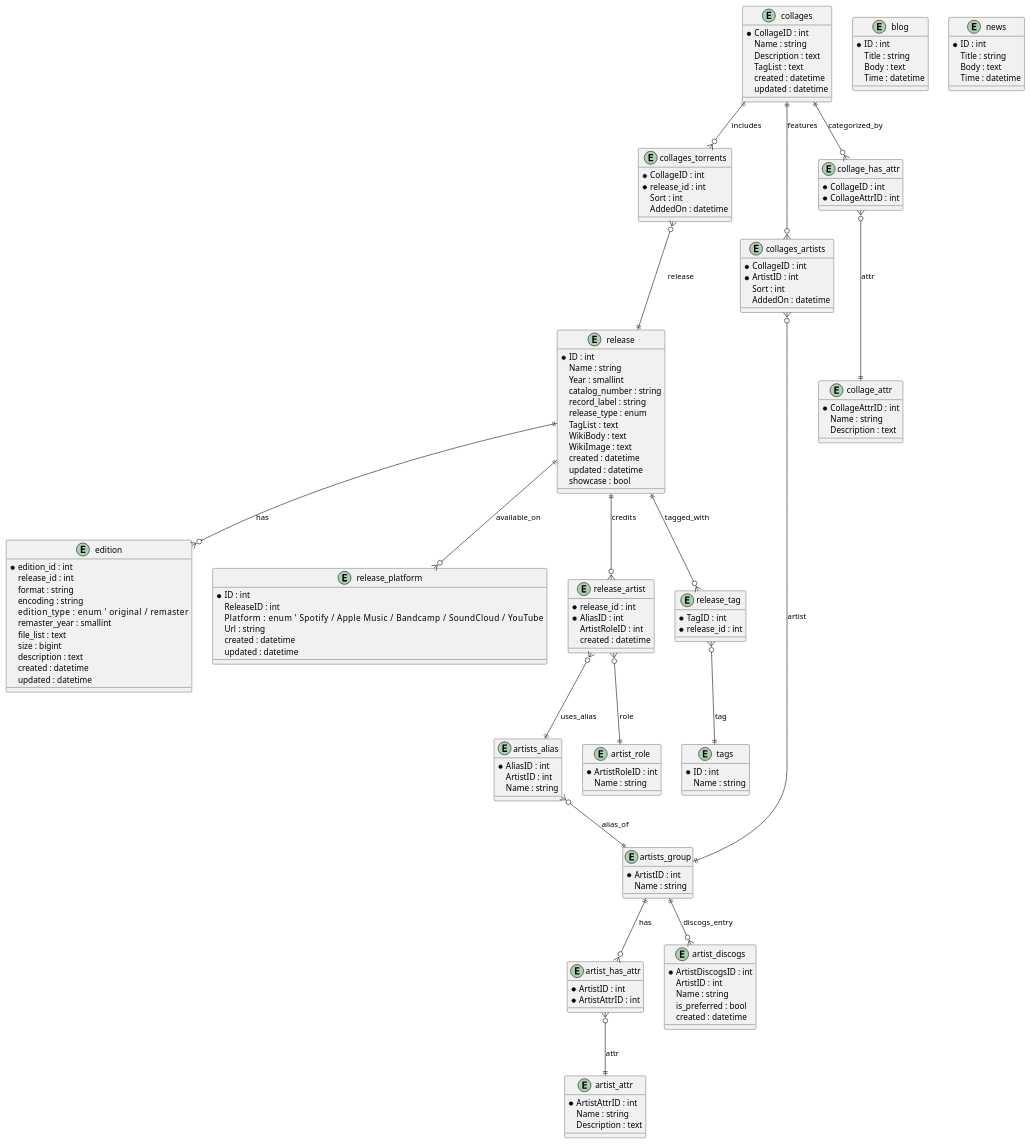
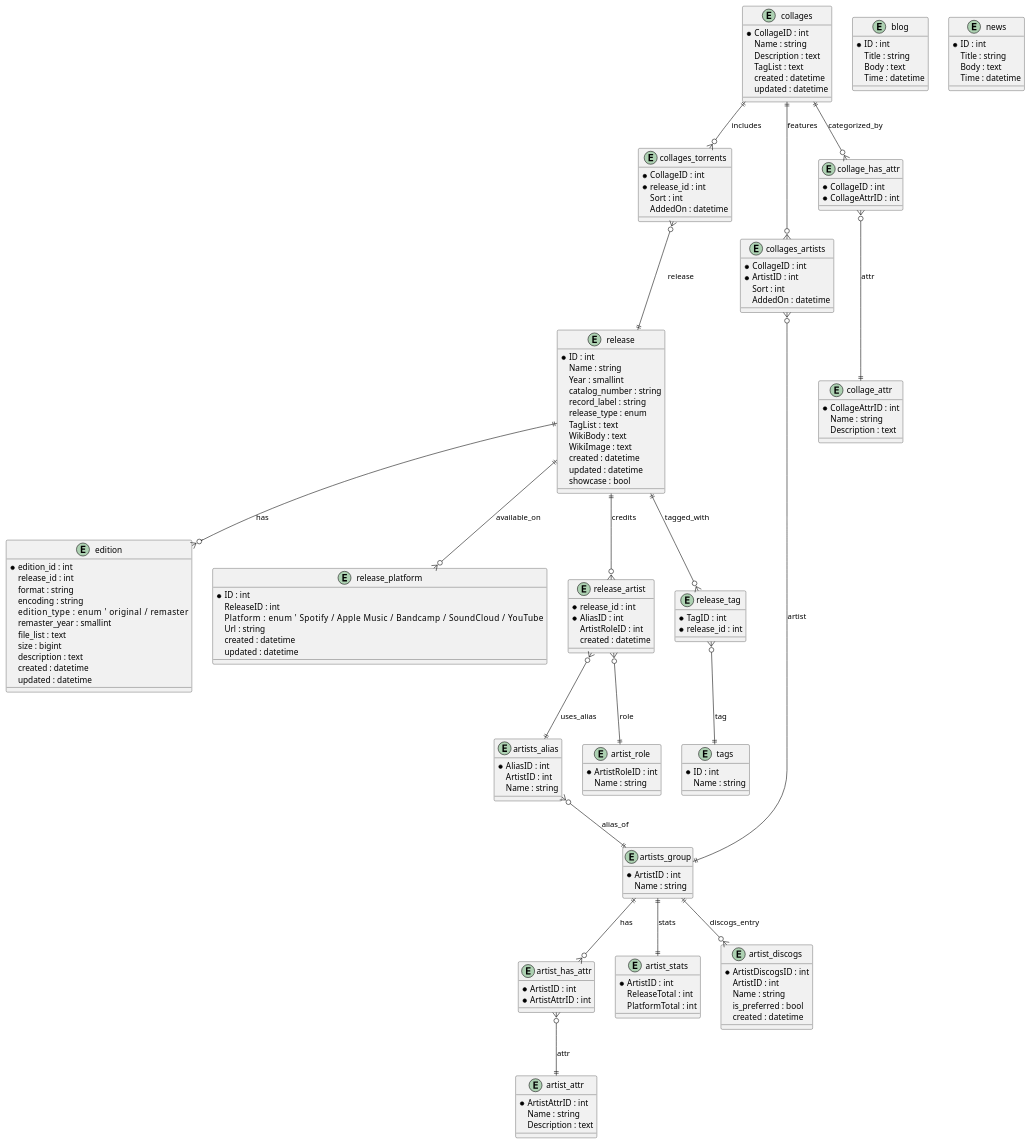
One commit to Walrus94/DotM changed the diagram in docs/plantuml/target.puml. Above: the diagram before and after it, drawn with PlantUML. The commit also changed 2 other files, not shown here.

Commit message:
refactor: clean up artist stats

```diff
--- a/docs/plantuml/target.puml
+++ b/docs/plantuml/target.puml
@@ -1,159 +1,166 @@
 @startuml
 entity "release" as Release {
   *ID : int
   Name : string
   Year : smallint
   catalog_number : string
   record_label : string
   release_type : enum
   TagList : text
   WikiBody : text
   WikiImage : text
   created : datetime
   updated : datetime
   showcase : bool
 }
 
 entity "edition" as Edition {
   *edition_id : int
   release_id : int
   format : string
   encoding : string
   edition_type : enum        ' original / remaster
   remaster_year : smallint
   file_list : text
   size : bigint
   description : text
   created : datetime
   updated : datetime
 }
 
 entity "release_platform" as ReleasePlatform {
   *ID : int
   ReleaseID : int
   Platform : enum            ' Spotify / Apple Music / Bandcamp / SoundCloud / YouTube
   Url : string
   created : datetime
   updated : datetime
 }
 
 entity "artists_group" as Artist {
   *ArtistID : int
   Name : string
 }
 
 entity "artists_alias" as ArtistAlias {
   *AliasID : int
   ArtistID : int
   Name : string
 }
 
 entity "release_artist" as ReleaseArtist {
   *release_id : int
   *AliasID : int
   ArtistRoleID : int
   created : datetime
 }
 
 entity "artist_role" as ArtistRole {
   *ArtistRoleID : int
   Name : string
 }
 
 entity "artist_attr" as ArtistAttr {
   *ArtistAttrID : int
   Name : string
   Description : text
 }
 
 entity "artist_has_attr" as ArtistHasAttr {
   *ArtistID : int
   *ArtistAttrID : int
 }
 
+entity "artist_stats" as ArtistStats {
+  *ArtistID : int
+  ReleaseTotal : int
+  PlatformTotal : int
+}
+
 entity "tags" as Tag {
   *ID : int
   Name : string
 }
 
 entity "release_tag" as ReleaseTag {
   *TagID : int
   *release_id : int
 }
 
 Release ||--o{ Edition : has
 Release ||--o{ ReleasePlatform : available_on
 Release ||--o{ ReleaseArtist : credits
 Release ||--o{ ReleaseTag : tagged_with
 ReleaseArtist }o--|| ArtistAlias : uses_alias
 ReleaseArtist }o--|| ArtistRole : role
 ArtistAlias }o--|| Artist : alias_of
 Artist ||--o{ ArtistHasAttr : has
 ArtistHasAttr }o--|| ArtistAttr : attr
+Artist ||--|| ArtistStats : stats
 ReleaseTag }o--|| Tag : tag
 
 entity "collages" as Collage {
   *CollageID : int
   Name : string
   Description : text
   TagList : text
   created : datetime
   updated : datetime
 }
 
 entity "collages_torrents" as CollageRelease {
   *CollageID : int
   *release_id : int
   Sort : int
   AddedOn : datetime
 }
 
 entity "collages_artists" as CollageArtist {
   *CollageID : int
   *ArtistID : int
   Sort : int
   AddedOn : datetime
 }
 
 entity "collage_attr" as CollageAttr {
   *CollageAttrID : int
   Name : string
   Description : text
 }
 
 entity "collage_has_attr" as CollageHasAttr {
   *CollageID : int
   *CollageAttrID : int
 }
 
 Collage ||--o{ CollageRelease : includes
 CollageRelease }o--|| Release : release
 Collage ||--o{ CollageArtist : features
 CollageArtist }o--|| Artist : artist
 Collage ||--o{ CollageHasAttr : categorized_by
 CollageHasAttr }o--|| CollageAttr : attr
 
 entity "artist_discogs" as ArtistDiscogs {
   *ArtistDiscogsID : int
   ArtistID : int
   Name : string
   is_preferred : bool
   created : datetime
 }
 
 Artist ||--o{ ArtistDiscogs : discogs_entry
 
 entity "blog" as Blog {
   *ID : int
   Title : string
   Body : text
   Time : datetime
 }
 
 entity "news" as News {
   *ID : int
   Title : string
   Body : text
   Time : datetime
 }
 @enduml
```
